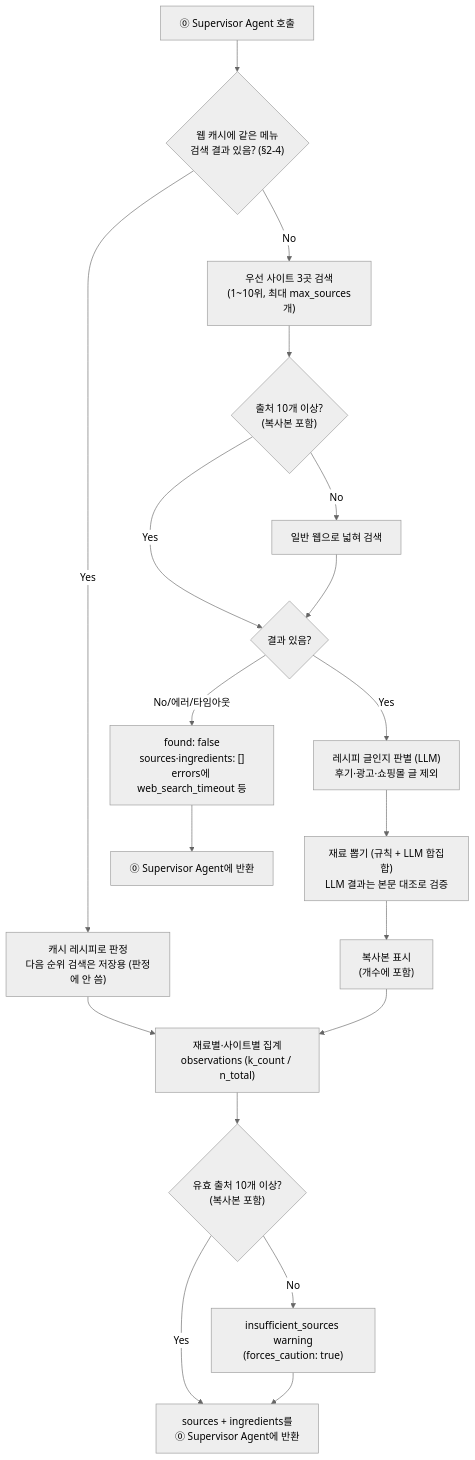
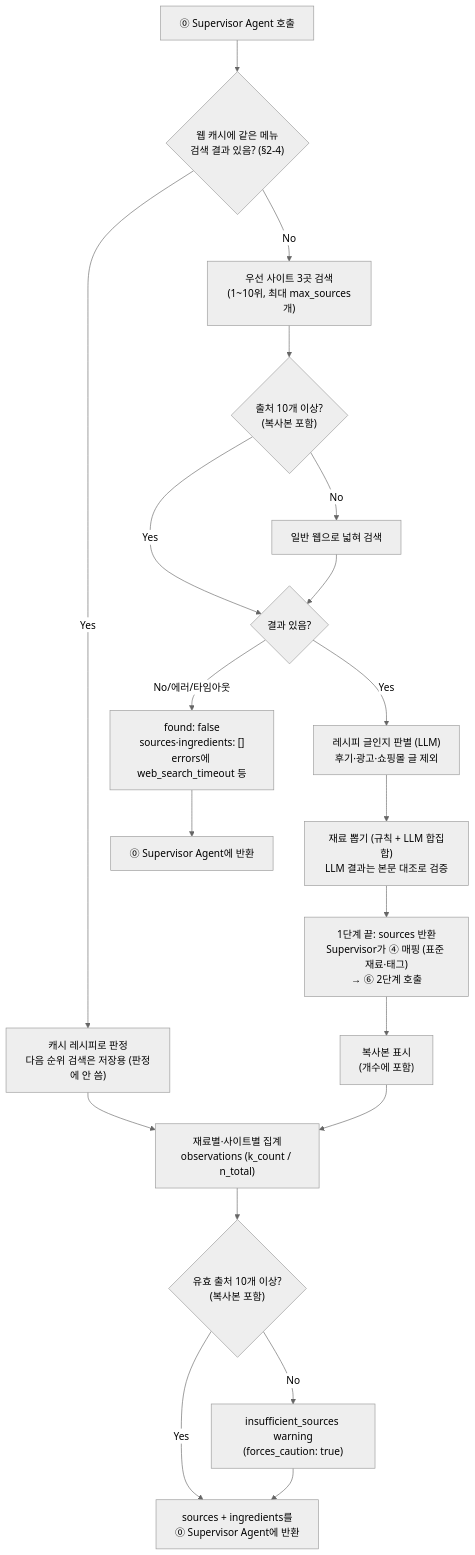
Before and after one commit to Han-Spoon/ai: the second of 2 diagrams in docs/6-agent-websearch.md, drawn with Mermaid (neutral theme). The commit also changed other lines of this file and 3 other files, not shown here.

````diff
--- a/docs/6-agent-websearch.md
+++ b/docs/6-agent-websearch.md
@@ -364,21 +381,22 @@
 ```mermaid
 flowchart TD
     S[⓪ Supervisor Agent 호출] --> CA{"웹 캐시에 같은 메뉴<br/>검색 결과 있음? (§2-4)"}
     CA -->|Yes| CR["캐시 레시피로 판정<br/>다음 순위 검색은 저장용 (판정에 안 씀)"]
     CR --> AGG
     CA -->|No| Q["우선 사이트 3곳 검색<br/>(1~10위, 최대 max_sources개)"]
     Q --> QE{"출처 10개 이상?<br/>(복사본 포함)"}
     QE -->|No| QG["일반 웹으로 넓혀 검색"]
     QE -->|Yes| R{결과 있음?}
     QG --> R
     R -->|No/에러/타임아웃| F["found: false<br/>sources·ingredients: []<br/>errors에 web_search_timeout 등"]
     R -->|Yes| RJ["레시피 글인지 판별 (LLM)<br/>후기·광고·쇼핑몰 글 제외"]
     RJ --> C["재료 뽑기 (규칙 + LLM 합집합)<br/>LLM 결과는 본문 대조로 검증"]
-    C --> D["복사본 표시<br/>(개수에 포함)"]
+    C --> MAP["1단계 끝: sources 반환<br/>Supervisor가 ④ 매핑 (표준 재료·태그)<br/>→ ⑥ 2단계 호출"]
+    MAP --> D["복사본 표시<br/>(개수에 포함)"]
     D --> AGG["재료별·사이트별 집계<br/>observations (k_count / n_total)"]
     AGG --> MIN{"유효 출처 10개 이상?<br/>(복사본 포함)"}
     MIN -->|No| W["insufficient_sources warning<br/>(forces_caution: true)"]
     MIN -->|Yes| OUT
     W --> OUT["sources + ingredients를<br/>⓪ Supervisor Agent에 반환"]
     F --> OUT2[⓪ Supervisor Agent에 반환]
 ```
````
